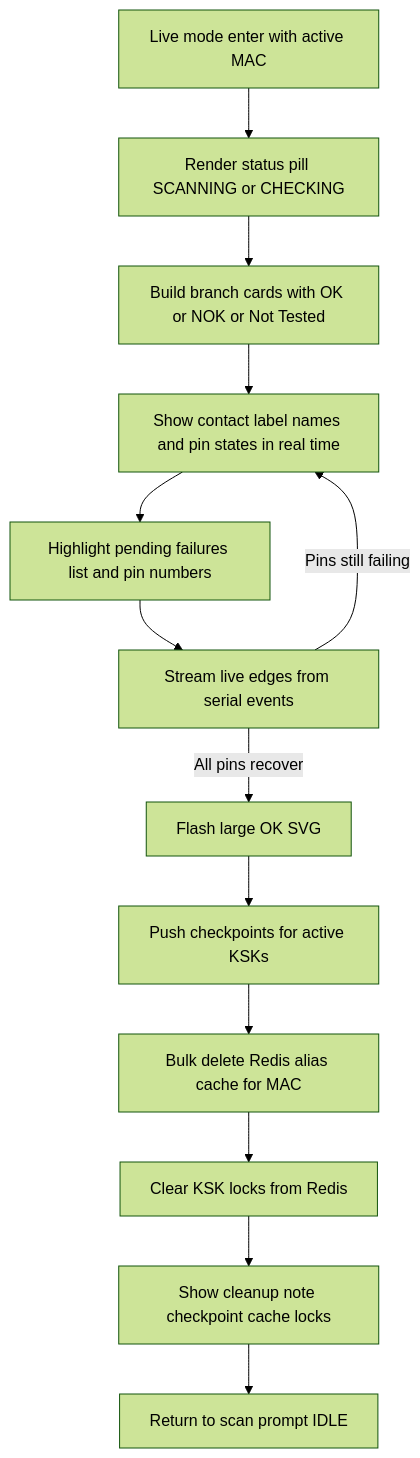
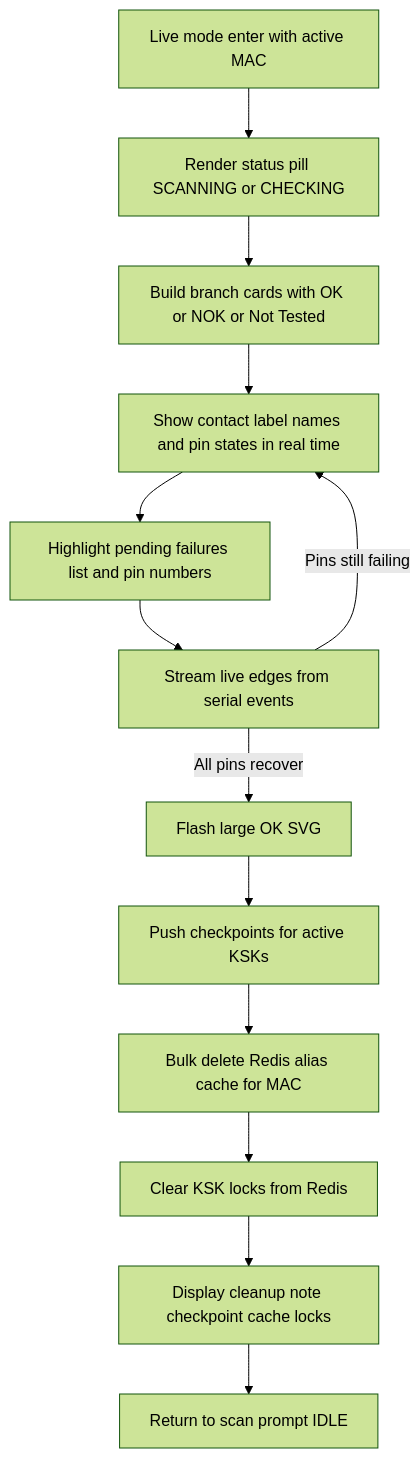
The second of 3 diagrams in docs/main-application-ui-scenarios.md (projects-kssk/Wireless_KFB_Project), drawn with Mermaid (forest theme) before and after one commit. The commit also changed 1 other file, not shown here.

````diff
--- a/docs/main-application-ui-scenarios.md
+++ b/docs/main-application-ui-scenarios.md
@@ -38,15 +38,15 @@
 ```mermaid
 flowchart TB
     L0[Live mode enter with active MAC] --> L1[Render status pill SCANNING or CHECKING]
     L1 --> L2[Build branch cards with OK or NOK or Not Tested]
     L2 --> L3[Show contact label names and pin states in real time]
     L3 --> L4[Highlight pending failures list and pin numbers]
     L4 --> L5[Stream live edges from serial events]
     L5 -->|Pins still failing| L3
     L5 -->|All pins recover| L6[Flash large OK SVG]
     L6 --> L7[Push checkpoints for active KSKs]
     L7 --> L8[Bulk delete Redis alias cache for MAC]
     L8 --> L9[Clear KSK locks from Redis]
-    L9 --> L10[Show cleanup note checkpoint cache locks]
+    L9 --> L10[Display cleanup note checkpoint cache locks]
     L10 --> L11[Return to scan prompt IDLE]
 ```
````
